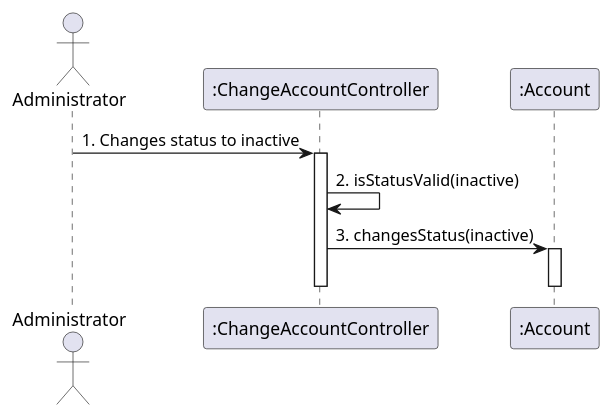
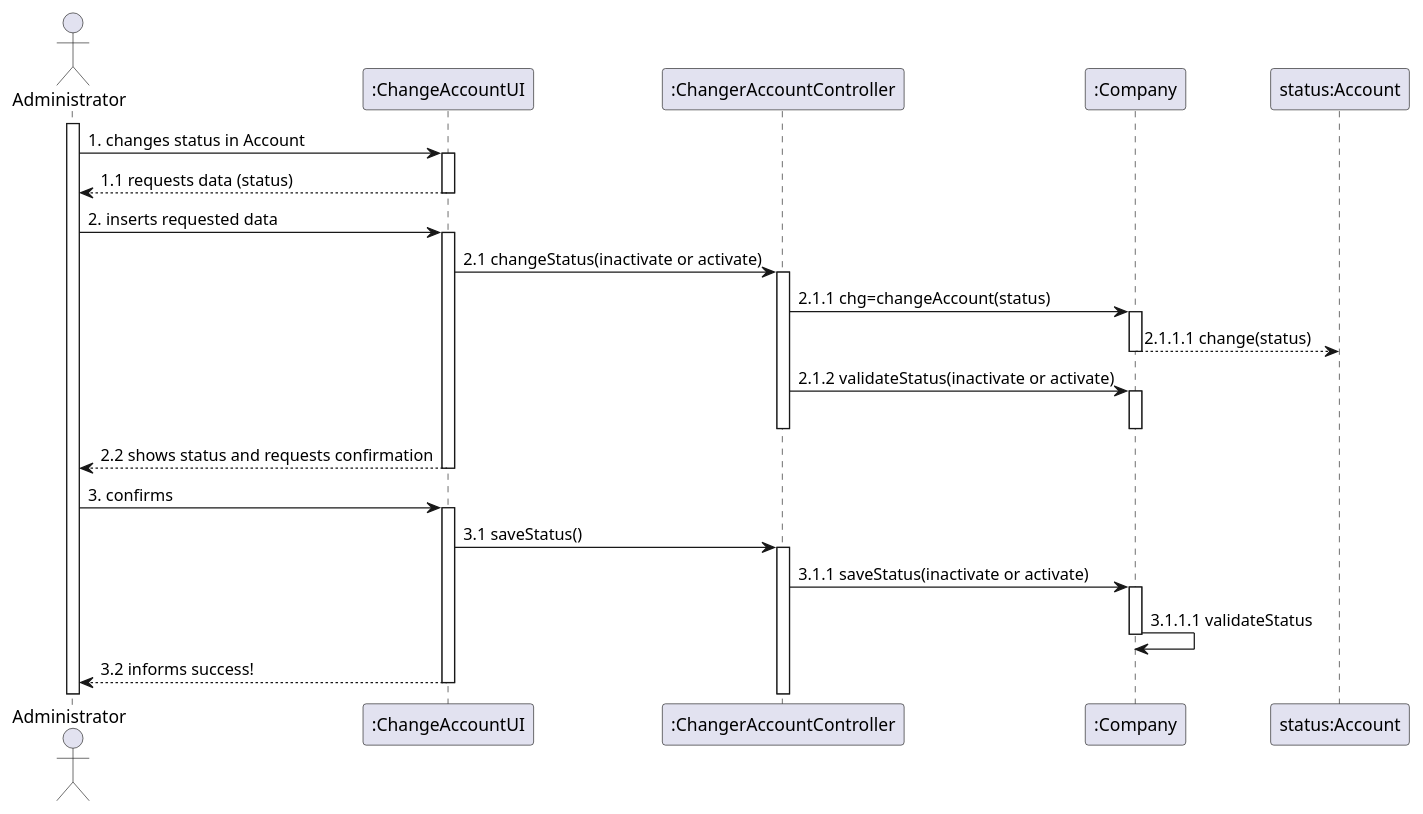
One commit to Loracline/project_switch_22-23 changed the diagram in docs/modelling_design/user_stories/us005/US005_Sequence_Diagram.puml. Above: the diagram before and after it, drawn with PlantUML. The commit also changed other lines of this file, not shown here.

Commit message:
US 005: Project: OO Design US number: 005 Discipline/phase: OO Design. Use cases:update Sequence Diagram.

```diff
--- a/docs/modelling_design/user_stories/us005/US005_Sequence_Diagram.puml
+++ b/docs/modelling_design/user_stories/us005/US005_Sequence_Diagram.puml
@@ -1,17 +2,42 @@
 @startuml
+'última versão
 'https://plantuml.com/sequence-diagram
 
 
 actor "Administrator"
-participant ":ChangeAccountController" as rgc
-participant ":Account" as Account
+participant ":ChangeAccountUI" as caUi
+participant ":ChangerAccountController" as cac
+participant ":Company" as company
+participant "status:Account" as Account
 
-Administrator -> rgc: 1. Changes status to inactive
-activate rgc
-rgc -> rgc: 2. isStatusValid(inactive)
-rgc -> Account: 3. changesStatus(inactive)
-activate Account
-deactivate rgc
-deactivate Account
+activate Administrator
+Administrator  -> caUi : 1. changes status in Account
+activate caUi
+caUi --> Administrator: 1.1 requests data (status)
+deactivate caUi
+Administrator -> caUi: 2. inserts requested data
+activate caUi
+caUi -> cac: 2.1 changeStatus(inactivate or activate)
+activate cac
+cac -> company: 2.1.1 chg=changeAccount(status)
+activate company
+company --> Account: 2.1.1.1 change(status)
+deactivate company
+cac -> company: 2.1.2 validateStatus(inactivate or activate)
+activate company
+deactivate cac
+deactivate company
+caUi --> Administrator: 2.2 shows status and requests confirmation
+deactivate caUi
+Administrator -> caUi: 3. confirms
+activate caUi
+caUi -> cac: 3.1 saveStatus()
+activate cac
+cac -> company: 3.1.1 saveStatus(inactivate or activate)
+activate company
+company -> company: 3.1.1.1 validateStatus
+deactivate company
+caUi --> Administrator: 3.2 informs success!
+deactivate caUi
 
 @enduml
```
